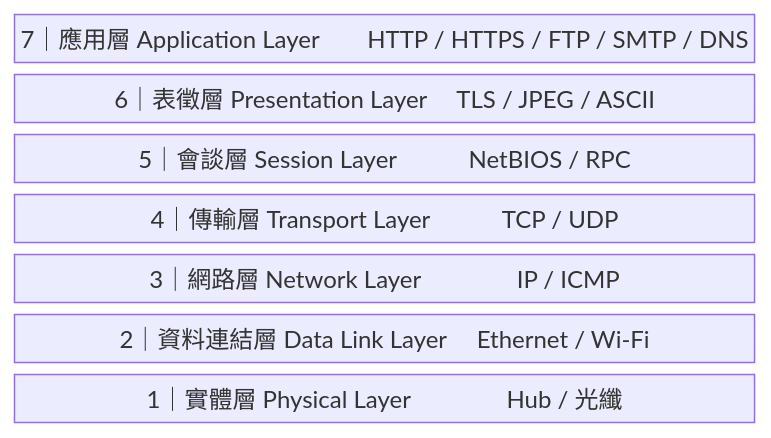
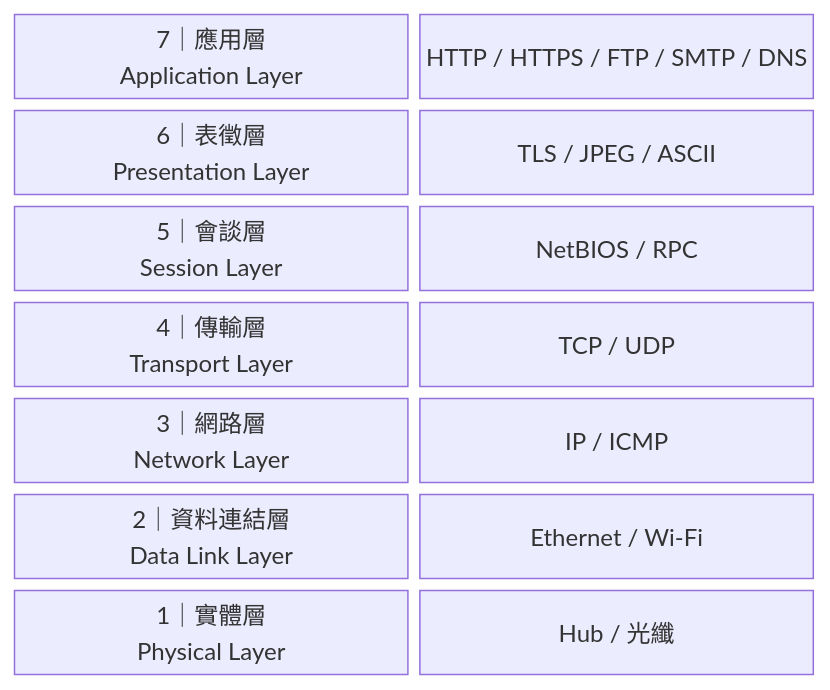
Before and after one commit to BIBIOTA/bibiota-profile: the first of 2 diagrams in docs/tech/posts/2026-06-06-network-protocol-layers.md, drawn with Mermaid.

Commit message:
docs: switch OSI 七層架構圖 to 2-column layout for consistent alignment

````diff
--- a/docs/tech/posts/2026-06-06-network-protocol-layers.md
+++ b/docs/tech/posts/2026-06-06-network-protocol-layers.md
@@ -52,11 +52,11 @@
 ```mermaid
 block-beta
-  columns 1
-  L7["7｜應用層 Application Layer　　HTTP / HTTPS / FTP / SMTP / DNS"]
-  L6["6｜表徵層 Presentation Layer　 TLS / JPEG / ASCII"]
-  L5["5｜會談層 Session Layer　　　NetBIOS / RPC"]
-  L4["4｜傳輸層 Transport Layer　　　TCP / UDP"]
-  L3["3｜網路層 Network Layer　　　　IP / ICMP"]
-  L2["2｜資料連結層 Data Link Layer　 Ethernet / Wi-Fi"]
-  L1["1｜實體層 Physical Layer　　　　Hub / 光纖"]
+  columns 2
+  L7n["7｜應用層\nApplication Layer"] L7p["HTTP / HTTPS / FTP / SMTP / DNS"]
+  L6n["6｜表徵層\nPresentation Layer"] L6p["TLS / JPEG / ASCII"]
+  L5n["5｜會談層\nSession Layer"] L5p["NetBIOS / RPC"]
+  L4n["4｜傳輸層\nTransport Layer"] L4p["TCP / UDP"]
+  L3n["3｜網路層\nNetwork Layer"] L3p["IP / ICMP"]
+  L2n["2｜資料連結層\nData Link Layer"] L2p["Ethernet / Wi-Fi"]
+  L1n["1｜實體層\nPhysical Layer"] L1p["Hub / 光纖"]
 ```
````
